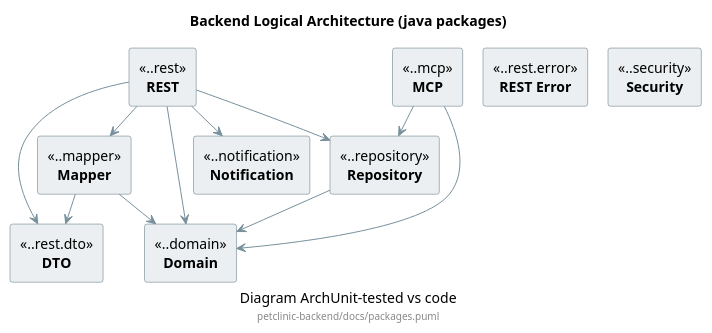
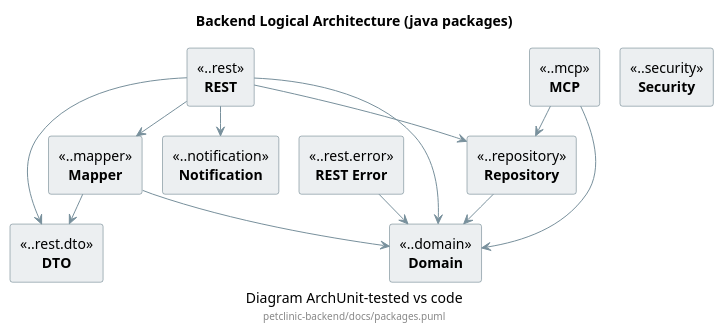
Before and after one commit to victorrentea/petclinic: the diagram in petclinic-backend/docs/packages.puml, drawn with PlantUML. The commit also changed 20 other files, not shown here.

```diff
--- a/petclinic-backend/docs/packages.puml
+++ b/petclinic-backend/docs/packages.puml
@@ -1,48 +1,49 @@
 @startuml
 
 title Backend Logical Architecture (java packages)
 caption Diagram ArchUnit-tested vs code
 footer petclinic-backend/docs/packages.puml
 
 skinparam shadowing false
 skinparam componentStyle rectangle
 skinparam nodesep 20
 skinparam ranksep 30
 <style>
 component {
   BackGroundColor #ECEFF1
   LineColor #546E7A
   FontStyle bold
   ' only the component name is bold; the package pattern above it stays plain
   ' (never write a stereotype in a comment — PackagesArchTest greps the raw file)
   stereotype {
     FontStyle plain
   }
 }
 arrow {
   LineColor #78909C
 }
 </style>
 
 [REST] <<..rest>>
 [MCP] <<..mcp>>
 [REST Error] <<..rest.error>>
 [Security] <<..security>>
 [Mapper] <<..mapper>>
 [Repository] <<..repository>>
 [Notification] <<..notification>>
 [DTO] <<..rest.dto>>
 [Domain] <<..domain>>
 
 [Repository] --> [Domain]
 [Mapper] --> [Domain]
 [Mapper] --> [DTO]
 [REST] --> [Domain]
 [REST] --> [Repository]
 [REST] --> [Mapper]
 [REST] --> [DTO]
 [REST] --> [Notification]
+[REST Error] --> [Domain]
 [MCP] --> [Domain]
 [MCP] --> [Repository]
 
 @enduml
```
